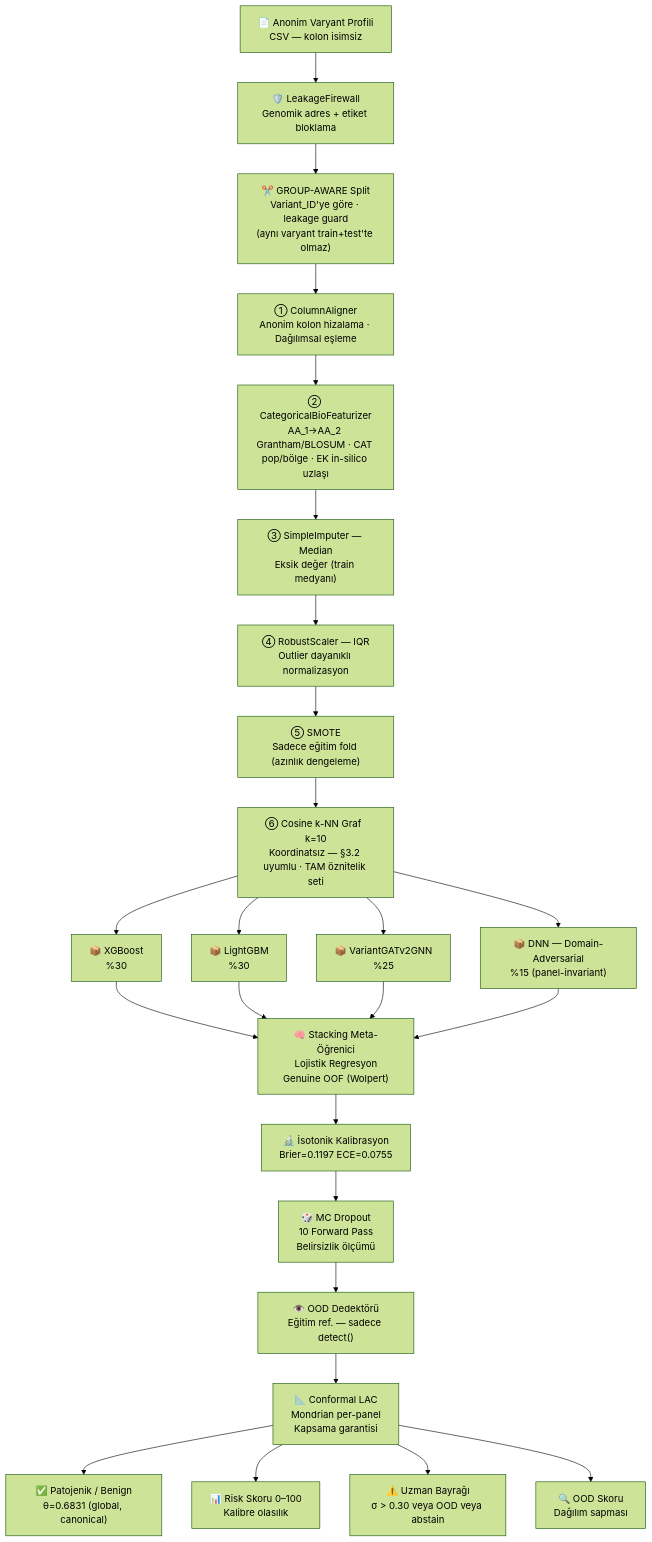
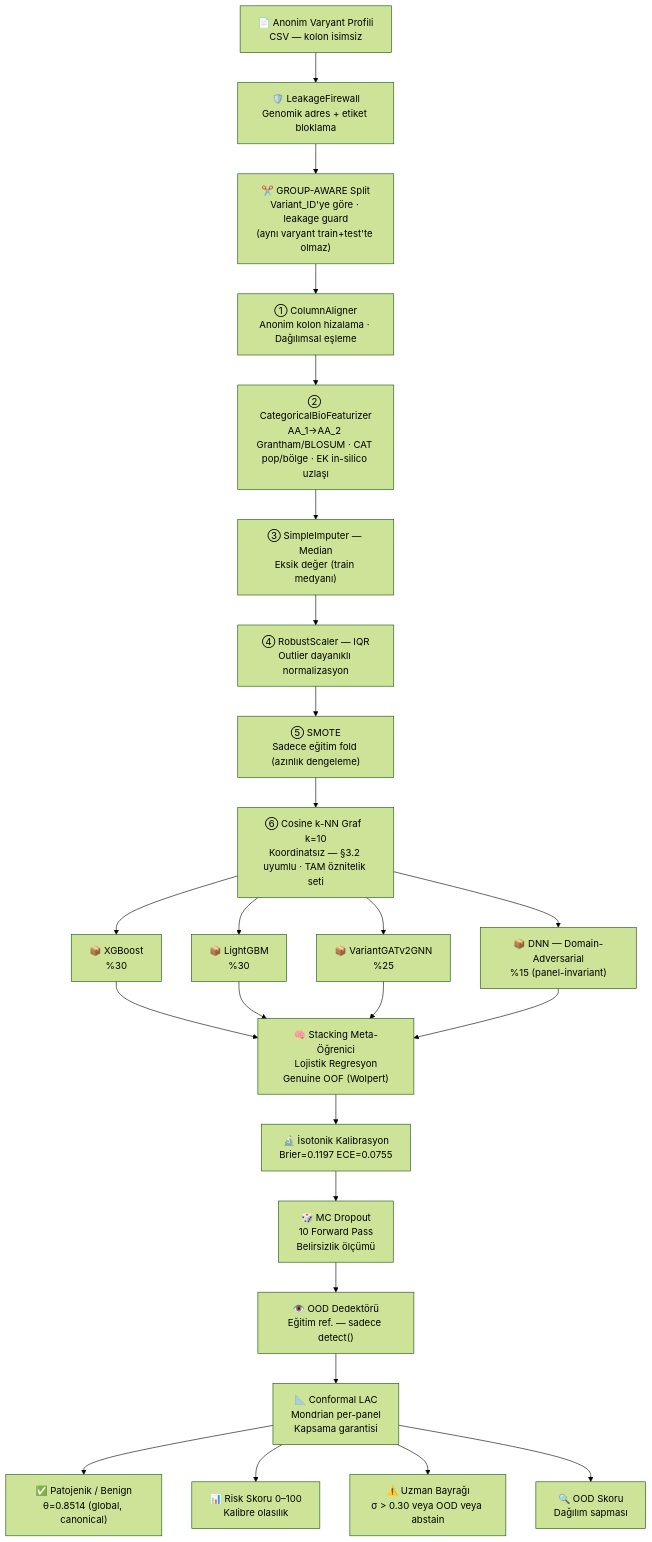
Before and after one commit to msgxr/VARIANT-GNN: the first of 17 diagrams in README.md, drawn with Mermaid (forest theme). The commit also changed other lines of this file and 46 other files, not shown here.

````diff
--- a/README.md
+++ b/README.md
@@ -177,34 +177,34 @@
 ```mermaid
 flowchart TD
     A["📄 Anonim Varyant Profili\nCSV — kolon isimsiz"]
 
     A --> LFW["🛡️ LeakageFirewall\nGenomik adres + etiket bloklama"]
 
     LFW --> SPLIT["✂️ GROUP-AWARE Split\nVariant_ID'ye göre · leakage guard\n(aynı varyant train+test'te olmaz)"]
     SPLIT --> P1["① ColumnAligner\nAnonim kolon hizalama · Dağılımsal eşleme"]
     P1  --> P2["② CategoricalBioFeaturizer\nAA_1→AA_2 Grantham/BLOSUM · CAT pop/bölge · EK in-silico uzlaşı"]
     P2  --> P3["③ SimpleImputer — Median\nEksik değer (train medyanı)"]
     P3  --> P4["④ RobustScaler — IQR\nOutlier dayanıklı normalizasyon"]
     P4  --> P6["⑤ SMOTE\nSadece eğitim fold (azınlık dengeleme)"]
     P6  --> P9["⑥ Cosine k-NN Graf  k=10\nKoordinatsız — §3.2 uyumlu · TAM öznitelik seti"]
 
     P9 --> M1["📦 XGBoost\n%30"]
     P9 --> M2["📦 LightGBM\n%30"]
     P9 --> M3["📦 VariantGATv2GNN\n%25"]
     P9 --> M4["📦 DNN — Domain-Adversarial\n%15 (panel-invariant)"]
 
     M1 --> ST["🧠 Stacking Meta-Öğrenici\nLojistik Regresyon\nGenuine OOF (Wolpert)"]
     M2 --> ST
     M3 --> ST
     M4 --> ST
 
     ST --> ISO["🔬 İsotonik Kalibrasyon\nBrier=0.1197  ECE=0.0755"]
     ISO --> MCD["🎲 MC Dropout\n10 Forward Pass\nBelirsizlik ölçümü"]
     MCD --> OOD["👁️ OOD Dedektörü\nEğitim ref. — sadece detect()"]
     OOD --> CNF["📐 Conformal LAC\nMondrian per-panel\nKapsama garantisi"]
 
-    CNF --> O1["✅ Patojenik / Benign\nθ=0.6831 (global, canonical)"]
+    CNF --> O1["✅ Patojenik / Benign\nθ=0.8514 (global, canonical)"]
     CNF --> O2["📊 Risk Skoru 0–100\nKalibre olasılık"]
     CNF --> O3["⚠️ Uzman Bayrağı\nσ > 0.30 veya OOD veya abstain"]
     CNF --> O4["🔍 OOD Skoru\nDağılım sapması"]
 ```
````
